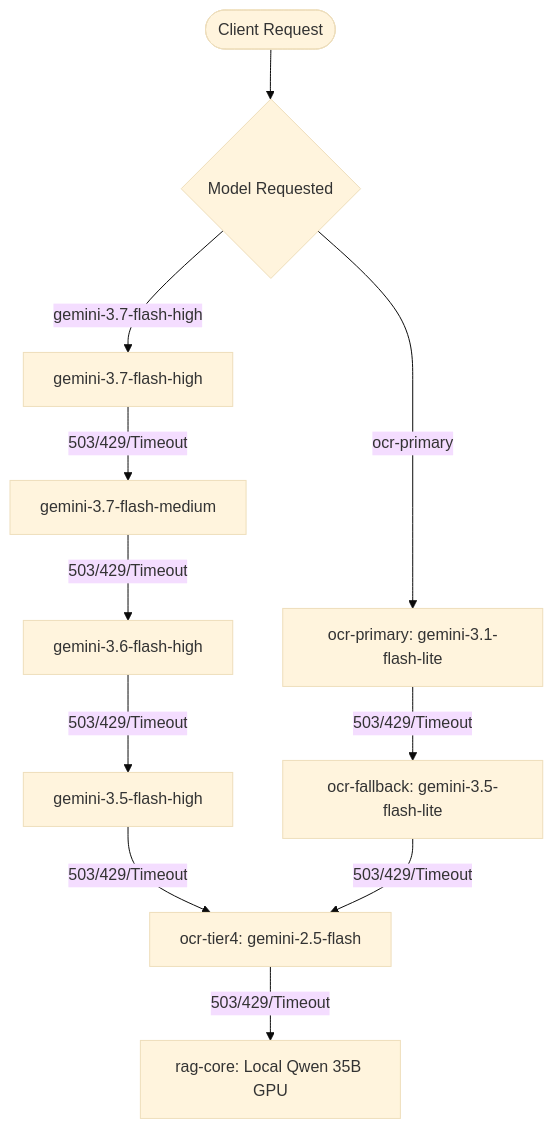
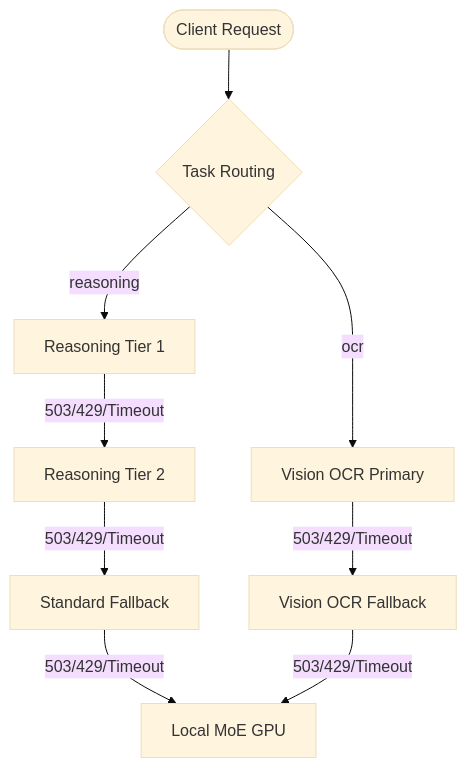
The diagram in .agents/skills/ccba-ai-gateway-sdk/SKILL.md (vvChu/ccba-agent-platform), drawn with Mermaid (base theme) before and after one commit. The commit also changed other lines of this file and 231 other files, not shown here.

First line of the commit message:
feat(skills): implement ADR-0061 platform-aware architecture posture for 76 skills (#497)

````diff
--- a/.agents/skills/ccba-ai-gateway-sdk/SKILL.md
+++ b/.agents/skills/ccba-ai-gateway-sdk/SKILL.md
@@ -108,15 +120,13 @@
 ```mermaid
 graph TD
-    User([Client Request]) --> ModelChoice{Model Requested}
+    User([Client Request]) --> ModelChoice{Task Routing}
 
-    ModelChoice -->|gemini-3.7-flash-high| G37H[gemini-3.7-flash-high]
-    G37H -->|503/429/Timeout| G37M[gemini-3.7-flash-medium]
-    G37M -->|503/429/Timeout| G36H[gemini-3.6-flash-high]
-    G36H -->|503/429/Timeout| G35H[gemini-3.5-flash-high]
-    G35H -->|503/429/Timeout| OCT4[ocr-tier4: gemini-2.5-flash]
-    OCT4 -->|503/429/Timeout| RAGC[rag-core: Local Qwen 35B GPU]
+    ModelChoice -->|reasoning| R1[Reasoning Tier 1]
+    R1 -->|503/429/Timeout| R2[Reasoning Tier 2]
+    R2 -->|503/429/Timeout| R3[Standard Fallback]
+    R3 -->|503/429/Timeout| R4[Local MoE GPU]
 
-    ModelChoice -->|ocr-primary| OCR1[ocr-primary: gemini-3.1-flash-lite]
-    OCR1 -->|503/429/Timeout| OCRFB[ocr-fallback: gemini-3.5-flash-lite]
-    OCRFB -->|503/429/Timeout| OCT4
+    ModelChoice -->|ocr| O1[Vision OCR Primary]
+    O1 -->|503/429/Timeout| O2[Vision OCR Fallback]
+    O2 -->|503/429/Timeout| R4
 ```
````
